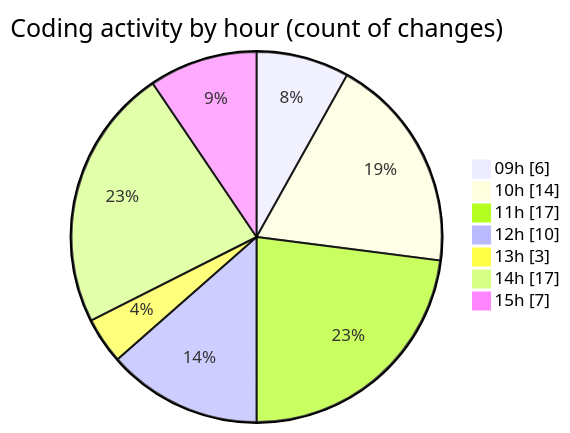
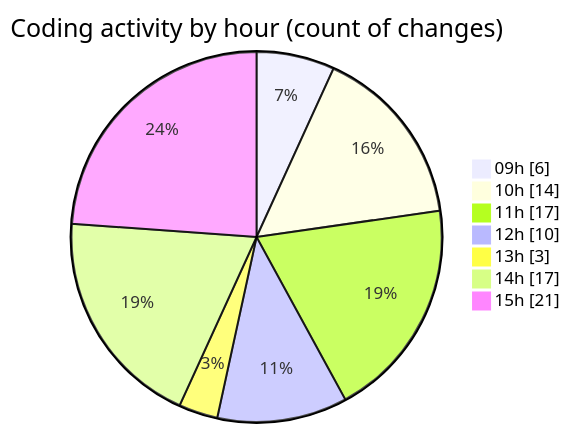
Before and after one commit to momahboobian/code-tracking: the second of 2 diagrams in 2026-02-11/cda/README.md, drawn with Mermaid. The commit also changed other lines of this file and 1 other file, not shown here.

````diff
--- a/2026-02-11/cda/README.md
+++ b/2026-02-11/cda/README.md
@@ -35,11 +35,11 @@
 ```mermaid
 pie showData
 title Coding activity by hour (count of changes)
 "09h" : 6
 "10h" : 14
 "11h" : 17
 "12h" : 10
 "13h" : 3
 "14h" : 17
-"15h" : 7
+"15h" : 21
 ```
````
